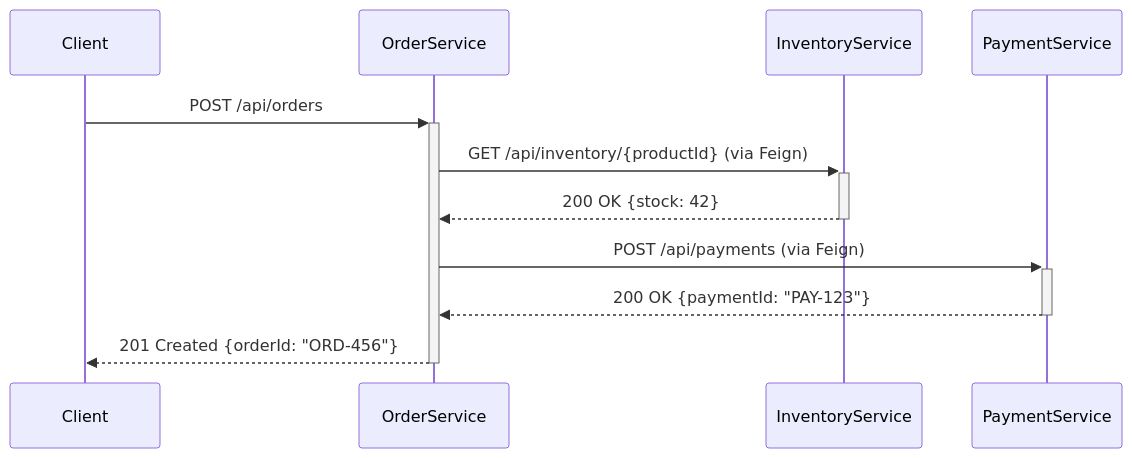
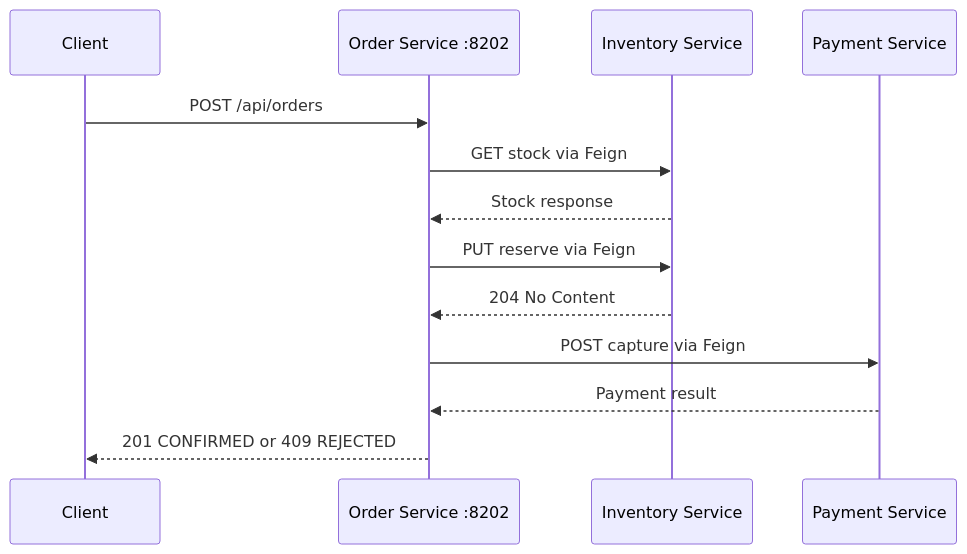
The first of 2 diagrams in 02-communication/02c-synchronous-rest/README.md (tungnath/micarch), drawn with Mermaid before and after one commit. The commit also changed other lines of this file and 145 other files, not shown here.

````diff
--- a/02-communication/02c-synchronous-rest/README.md
+++ b/02-communication/02c-synchronous-rest/README.md
@@ -9,9 +11,15 @@
 ```mermaid
 sequenceDiagram
-    Client->>+OrderService: POST /api/orders
-    OrderService->>+InventoryService: GET /api/inventory/{productId} (via Feign)
-    InventoryService-->>-OrderService: 200 OK {stock: 42}
-    OrderService->>+PaymentService: POST /api/payments (via Feign)
-    PaymentService-->>-OrderService: 200 OK {paymentId: "PAY-123"}
-    OrderService-->>-Client: 201 Created {orderId: "ORD-456"}
+    participant Client
+    participant Order as Order Service :8202
+    participant Inventory as Inventory Service
+    participant Payment as Payment Service
+    Client->>Order: POST /api/orders
+    Order->>Inventory: GET stock via Feign
+    Inventory-->>Order: Stock response
+    Order->>Inventory: PUT reserve via Feign
+    Inventory-->>Order: 204 No Content
+    Order->>Payment: POST capture via Feign
+    Payment-->>Order: Payment result
+    Order-->>Client: 201 CONFIRMED or 409 REJECTED
 ```
````
